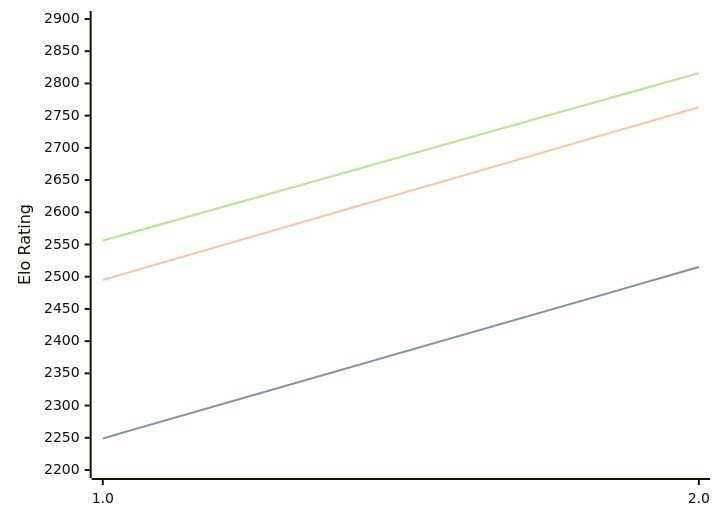
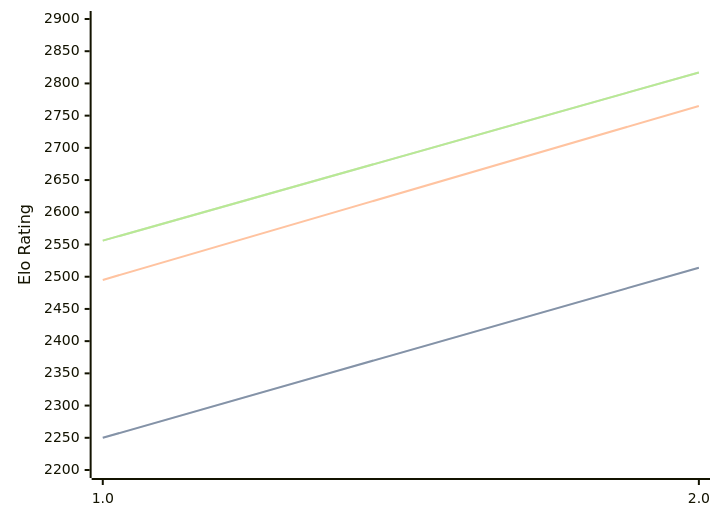
The third of 3 diagrams in engines/Revolver.md (computer-chess-index/cci), drawn with Mermaid before and after one commit. The commit also changed other lines of this file, not shown here.

Commit message:
Update CCI Ratings (ELO VLTC) - 2026-07-14

````diff
--- a/engines/Revolver.md
+++ b/engines/Revolver.md
@@ -65,11 +65,11 @@
 ```mermaid
 %%{init: {"theme":"base","themeVariables":{"seriesColors:['#a3a3a3','#222221','#faa371']}}}%%
 xychart-beta
   x-axis ["1.0", "2.0"]
   y-axis "Elo Rating" 2200 --> 2900
-  line "STC (8.0+0.08s)" [2249, 2515]
-  line "STC (8.0+0.08s)" [2249, 2515]
-  line "LTC (60.0+0.60s)" [2495, 2763]
-  line "VLTC (2m24s+1.12s)" [2556, 2816]
-  line "VLTC (2m24s+1.12s)" [2556, 2816]
+  line "STC (8.0+0.08s)" [2250, 2514]
+  line "STC (8.0+0.08s)" [2250, 2514]
+  line "LTC (60.0+0.60s)" [2495, 2765]
+  line "VLTC (2m24s+1.12s)" [2556, 2817]
+  line "VLTC (2m24s+1.12s)" [2556, 2817]
 ```
````
